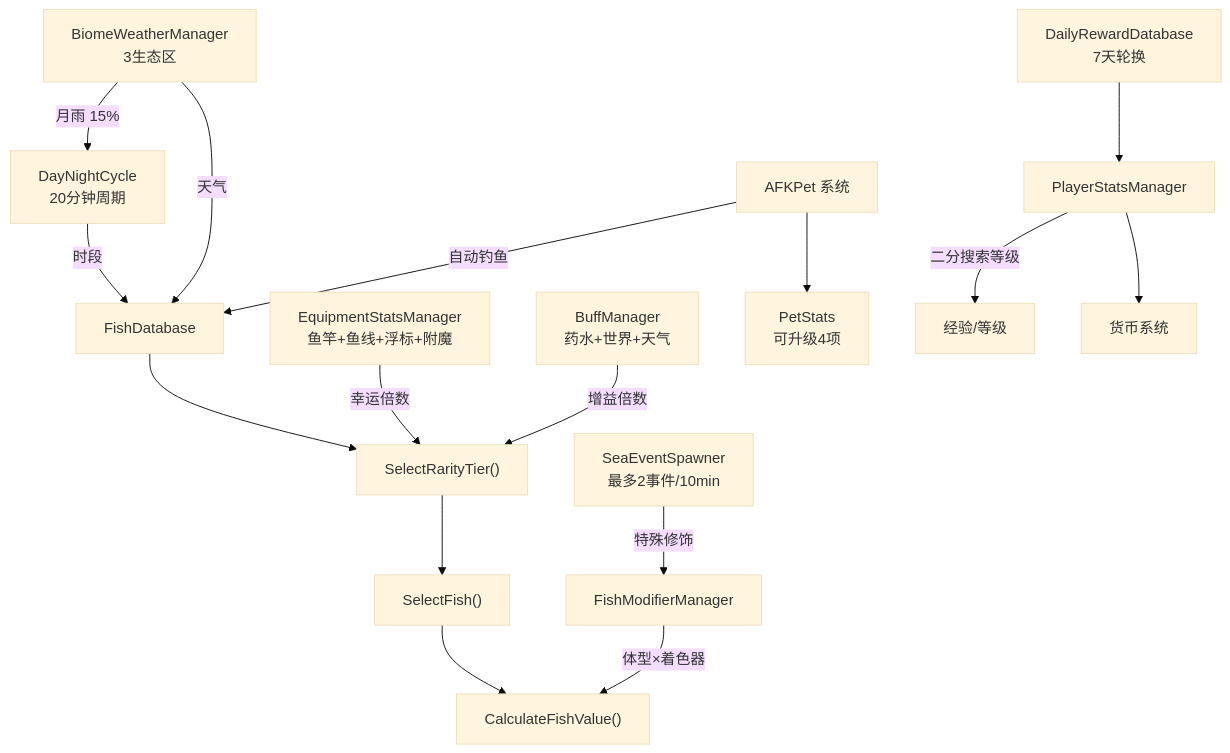
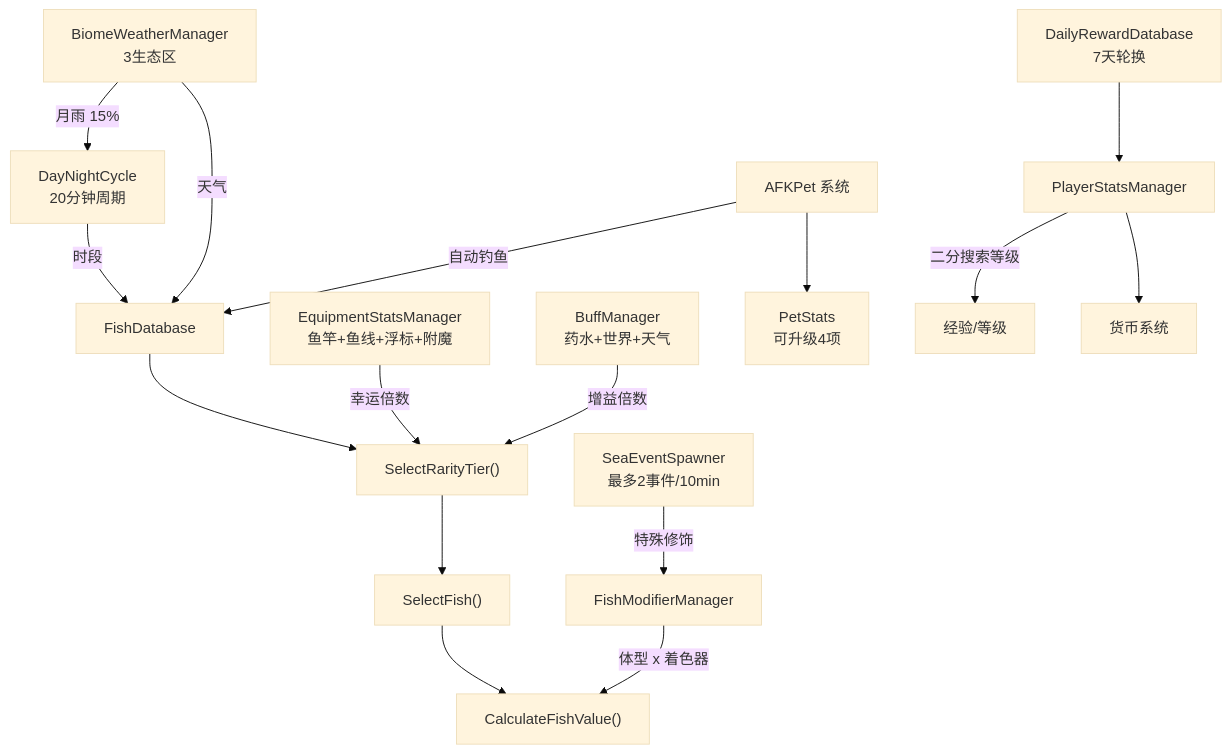
Diagram 12 of 12 in docs/gamedata-zh.md (SeaLoong/Fish-Udon-Raw-Ilcode), drawn with Mermaid (base theme) before and after one commit. The commit also changed other lines of this file and 7 other files, not shown here.

````diff
--- a/docs/gamedata-zh.md
+++ b/docs/gamedata-zh.md
@@ -641,25 +633,25 @@
 ```mermaid
 flowchart TD
     FishDB["FishDatabase"] --> Select["SelectRarityTier()"]
     Select --> Fish["SelectFish()"]
     Fish --> Value["CalculateFishValue()"]
 
     Equip["EquipmentStatsManager\n鱼竿+鱼线+浮标+附魔"] --> |幸运倍数| Select
     Buff["BuffManager\n药水+世界+天气"] --> |增益倍数| Select
 
-    Mod["FishModifierManager"] --> |体型×着色器| Value
+    Mod["FishModifierManager"] --> |体型 x 着色器| Value
 
     DNC["DayNightCycle\n20分钟周期"] --> |时段| FishDB
     Weather["BiomeWeatherManager\n3生态区"] --> |天气| FishDB
     Weather --> |月雨 15%| DNC
 
     Sea["SeaEventSpawner\n最多2事件/10min"] --> |特殊修饰| Mod
 
     Pet["AFKPet 系统"] --> |自动钓鱼| FishDB
     Pet --> PetStats["PetStats\n可升级4项"]
 
     Player["PlayerStatsManager"] --> |二分搜索等级| XP["经验/等级"]
     Player --> Money["货币系统"]
 
     Daily["DailyRewardDatabase\n7天轮换"] --> Player
 ```
````
